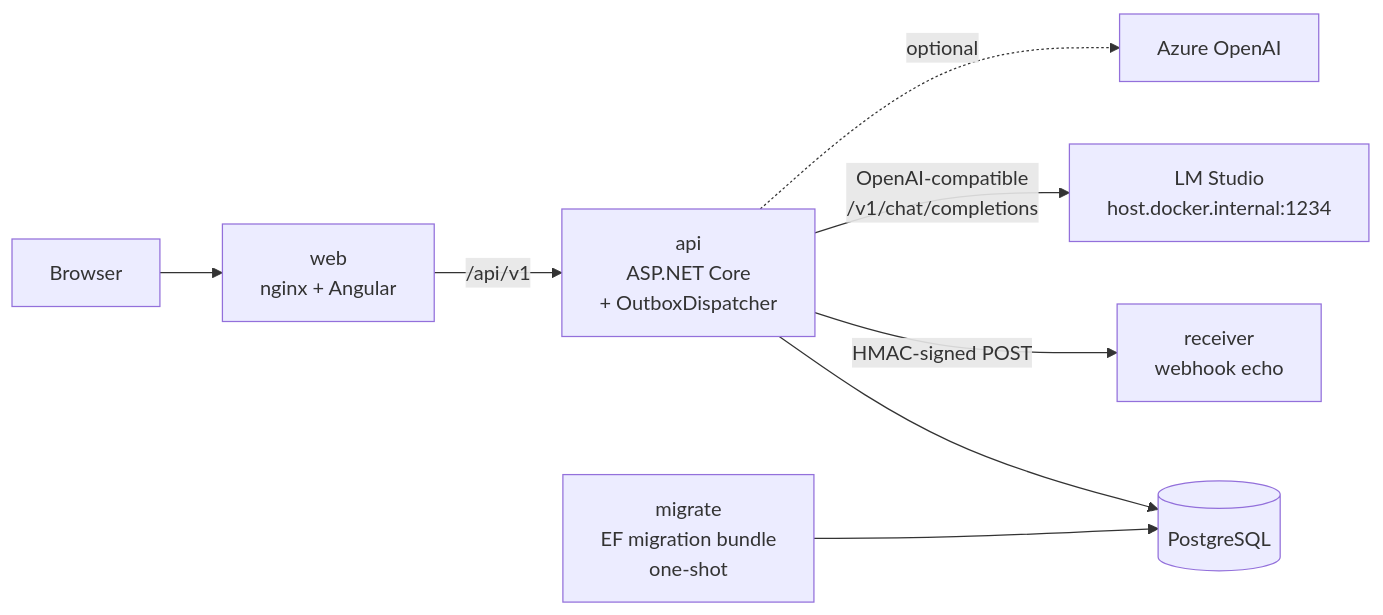
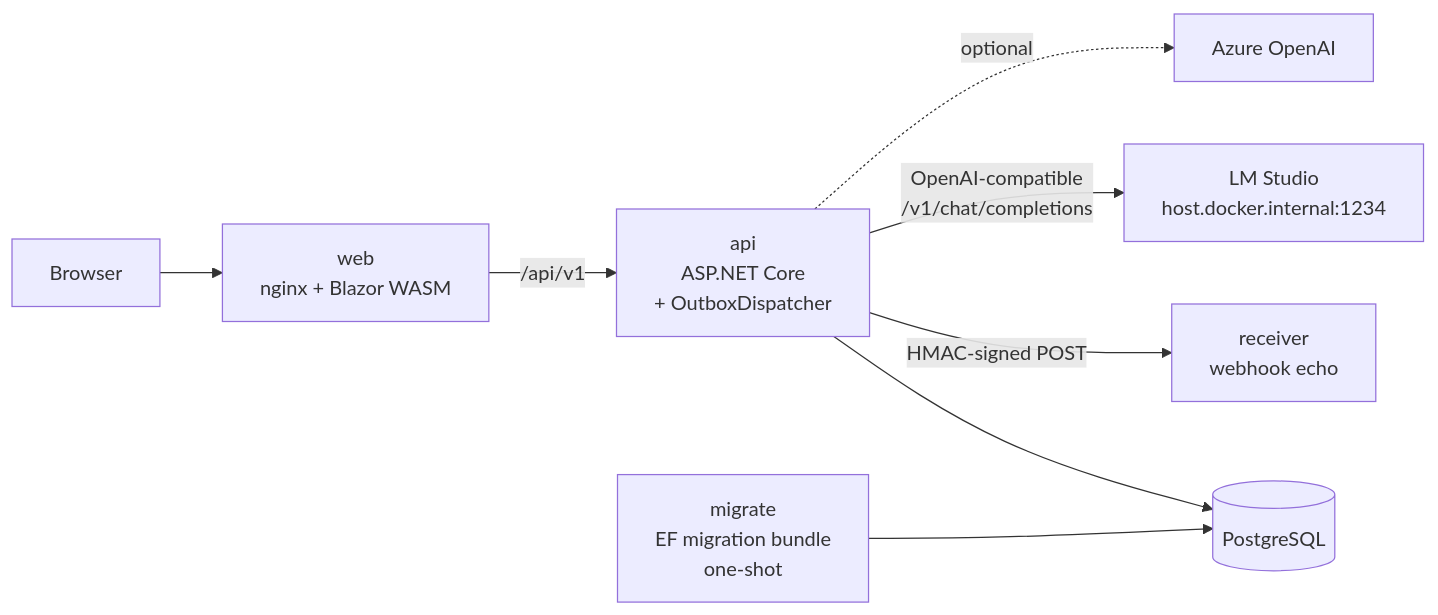
The first of 5 diagrams in _bmad-output/planning-artifacts/architecture/architecture-ActionLedger-2026-09-20/ARCHITECTURE.md (bspann/ActionLedger), drawn with Mermaid before and after one commit. The commit also changed other lines of this file and 7 other files, not shown here.

````diff
--- a/_bmad-output/planning-artifacts/architecture/architecture-ActionLedger-2026-09-20/ARCHITECTURE.md
+++ b/_bmad-output/planning-artifacts/architecture/architecture-ActionLedger-2026-09-20/ARCHITECTURE.md
@@ -17,10 +17,10 @@
 ```mermaid
 graph LR
-  browser[Browser] --> web[web<br/>nginx + Angular]
+  browser[Browser] --> web[web<br/>nginx + Blazor WASM]
   web -->|/api/v1| api[api<br/>ASP.NET Core<br/>+ OutboxDispatcher]
   api --> db[(PostgreSQL)]
   migrate[migrate<br/>EF migration bundle<br/>one-shot] --> db
   api -->|HMAC-signed POST| receiver[receiver<br/>webhook echo]
   api -->|OpenAI-compatible<br/>/v1/chat/completions| lm[LM Studio<br/>host.docker.internal:1234]
   api -.->|optional| aoai[Azure OpenAI]
 ```
````
